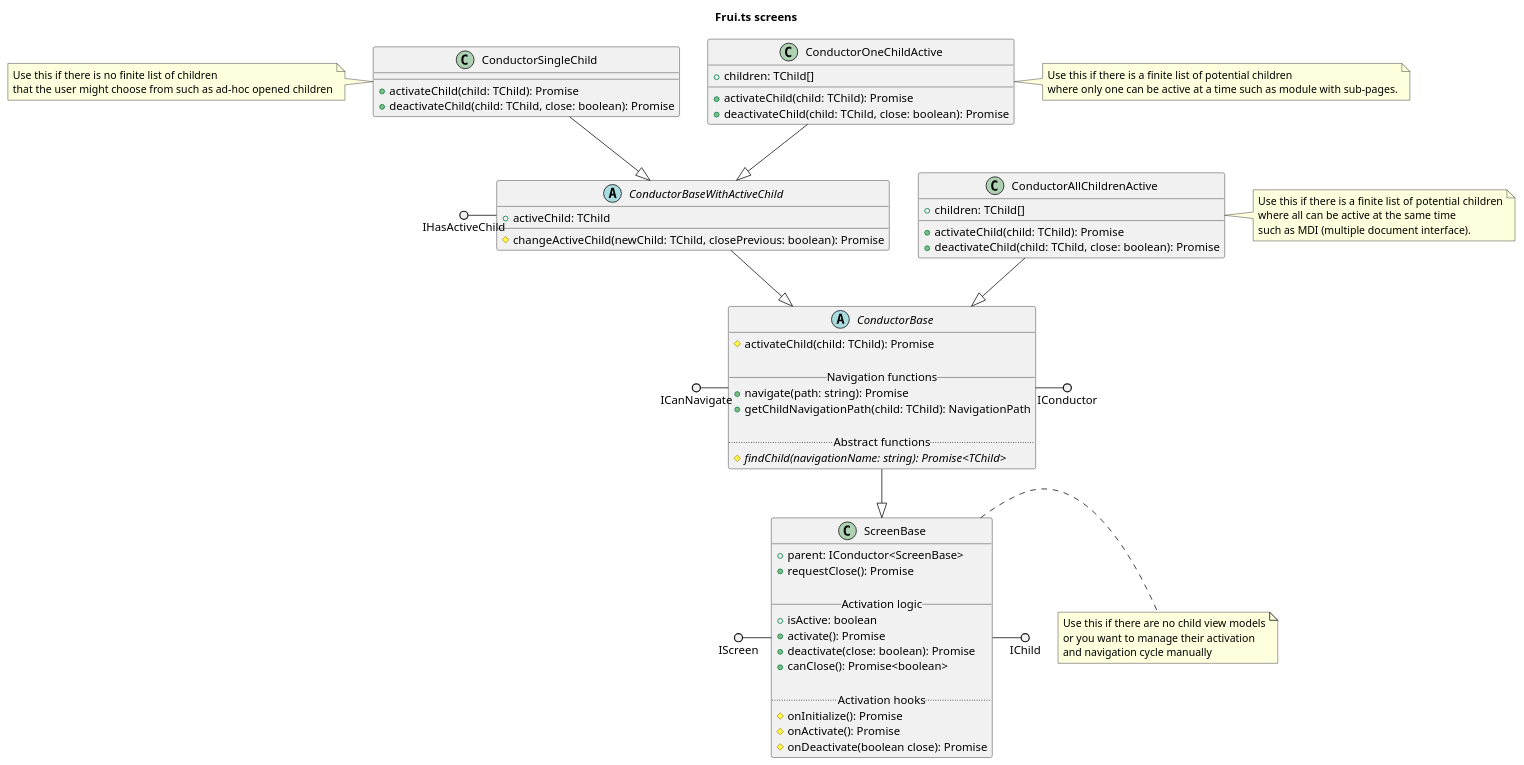
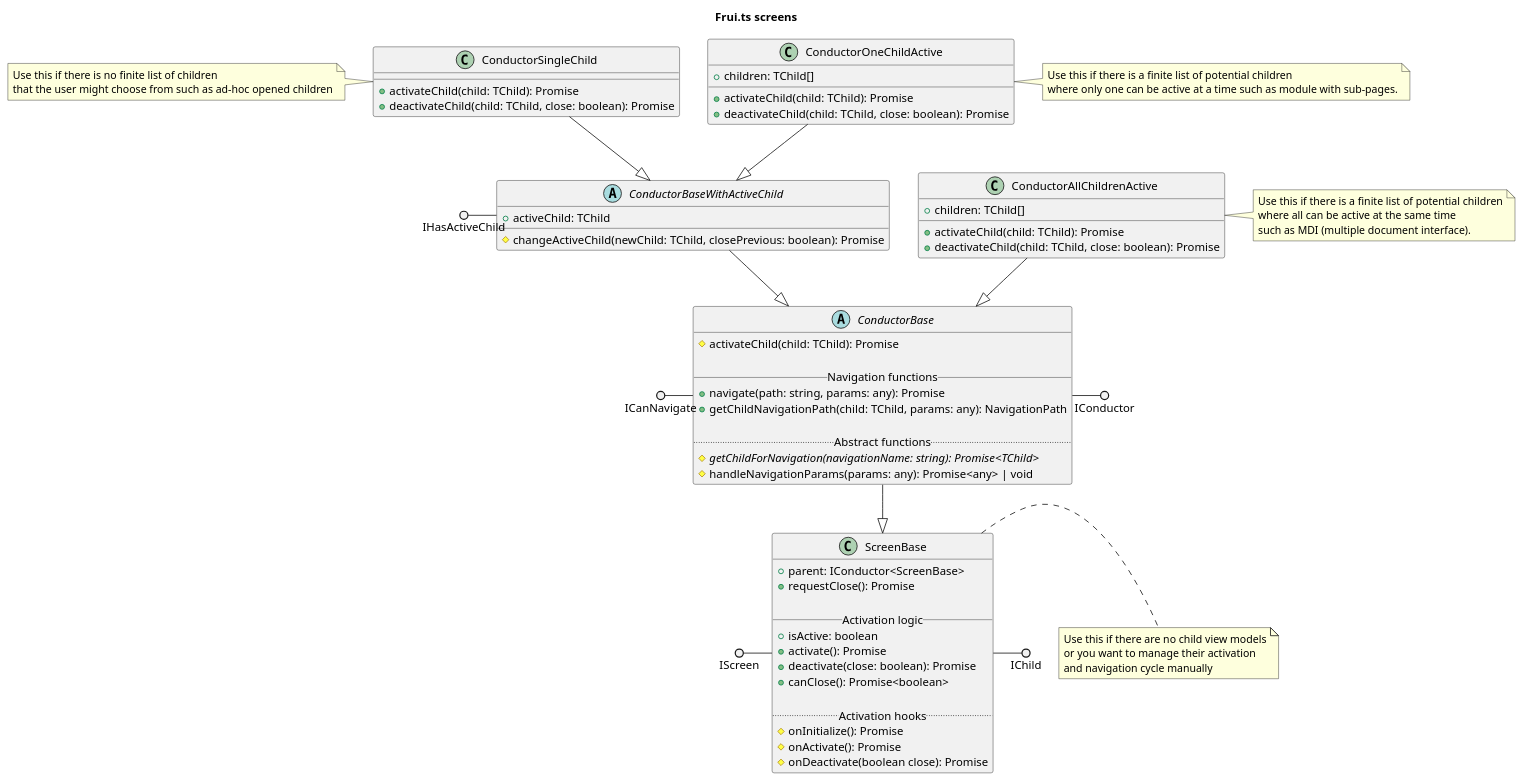
One commit to eManPrague/frui.ts changed the diagram in packages/screens/classes.puml. Above: the diagram before and after it, drawn with PlantUML. The commit also changed 32 other files, not shown here.

Commit message:
Navigation now supports query params

```diff
--- a/packages/screens/classes.puml
+++ b/packages/screens/classes.puml
@@ -1,91 +1,92 @@
 @startuml
 
 title Frui.ts screens
 
 class ScreenBase {
   +parent: IConductor<ScreenBase>
   +requestClose(): Promise
 
   __ Activation logic __
   +isActive: boolean
   +activate(): Promise
   +deactivate(close: boolean): Promise
   +canClose(): Promise<boolean>
 
   .. Activation hooks ..
   #onInitialize(): Promise
   #onActivate(): Promise
   #onDeactivate(boolean close): Promise
 }
 note right
   Use this if there are no child view models
   or you want to manage their activation
   and navigation cycle manually
 end note
 
 IScreen ()- ScreenBase
 ScreenBase -() IChild
 
 abstract class ConductorBase {
   #activateChild(child: TChild): Promise
 
   __ Navigation functions __
-  +navigate(path: string): Promise
-  +getChildNavigationPath(child: TChild): NavigationPath
+  +navigate(path: string, params: any): Promise
+  +getChildNavigationPath(child: TChild, params: any): NavigationPath
 
   .. Abstract functions ..
-  #{abstract} findChild(navigationName: string): Promise<TChild>
+  #{abstract} getChildForNavigation(navigationName: string): Promise<TChild>
+  #handleNavigationParams(params: any): Promise<any> | void
 }
 
 ConductorBase --|> ScreenBase
 ConductorBase -() IConductor
 ICanNavigate ()- ConductorBase
 
 abstract class ConductorBaseWithActiveChild {
   +activeChild: TChild
 
   #changeActiveChild(newChild: TChild, closePrevious: boolean): Promise
 }
 
 ConductorBaseWithActiveChild --|> ConductorBase
 IHasActiveChild ()- ConductorBaseWithActiveChild
 
 class ConductorSingleChild {
   +activateChild(child: TChild): Promise
   +deactivateChild(child: TChild, close: boolean): Promise
 }
 note left
   Use this if there is no finite list of children
   that the user might choose from such as ad-hoc opened children
 end note
 
 ConductorSingleChild --|> ConductorBaseWithActiveChild
 
 class ConductorOneChildActive {
   +children: TChild[]
 
   +activateChild(child: TChild): Promise
   +deactivateChild(child: TChild, close: boolean): Promise
 }
 note right
   Use this if there is a finite list of potential children
   where only one can be active at a time such as module with sub-pages.
 end note
 
 ConductorOneChildActive --|> ConductorBaseWithActiveChild
 
 class ConductorAllChildrenActive {
   +children: TChild[]
 
   +activateChild(child: TChild): Promise
   +deactivateChild(child: TChild, close: boolean): Promise
 }
 note right
   Use this if there is a finite list of potential children
   where all can be active at the same time
   such as MDI (multiple document interface).
 end note
 
 ConductorAllChildrenActive --|> ConductorBase
 
 @enduml
```
